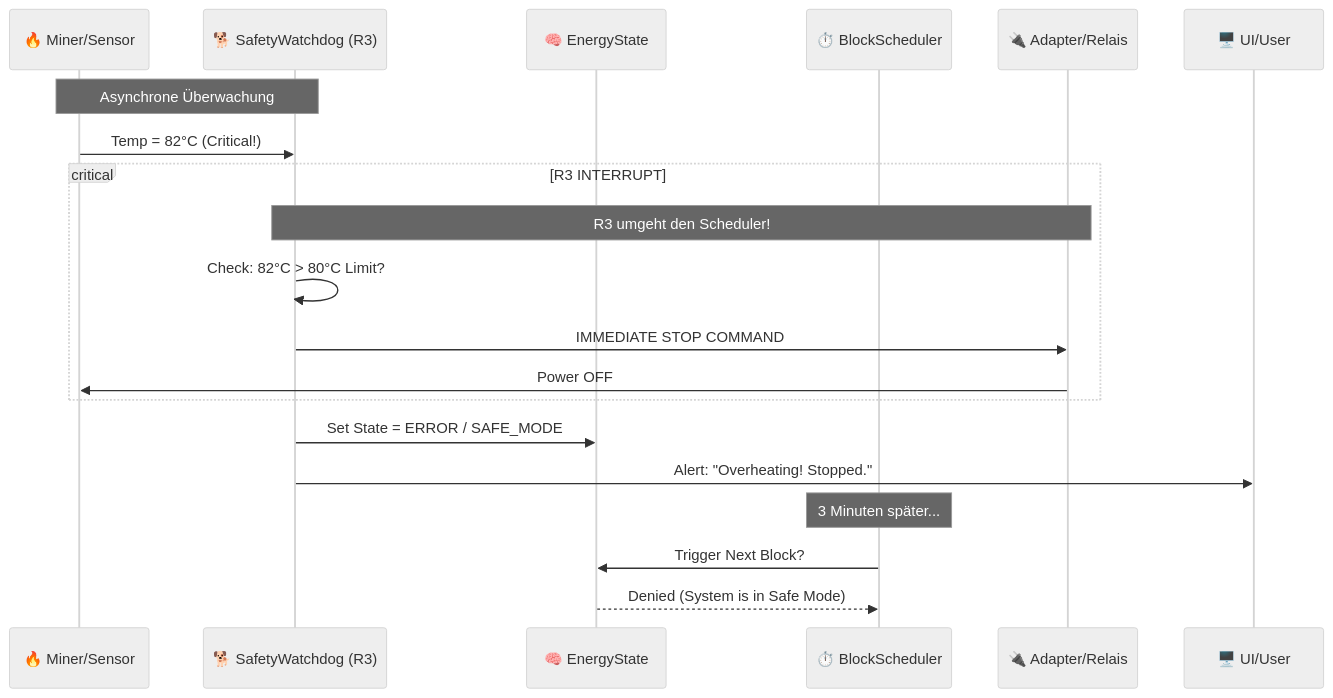
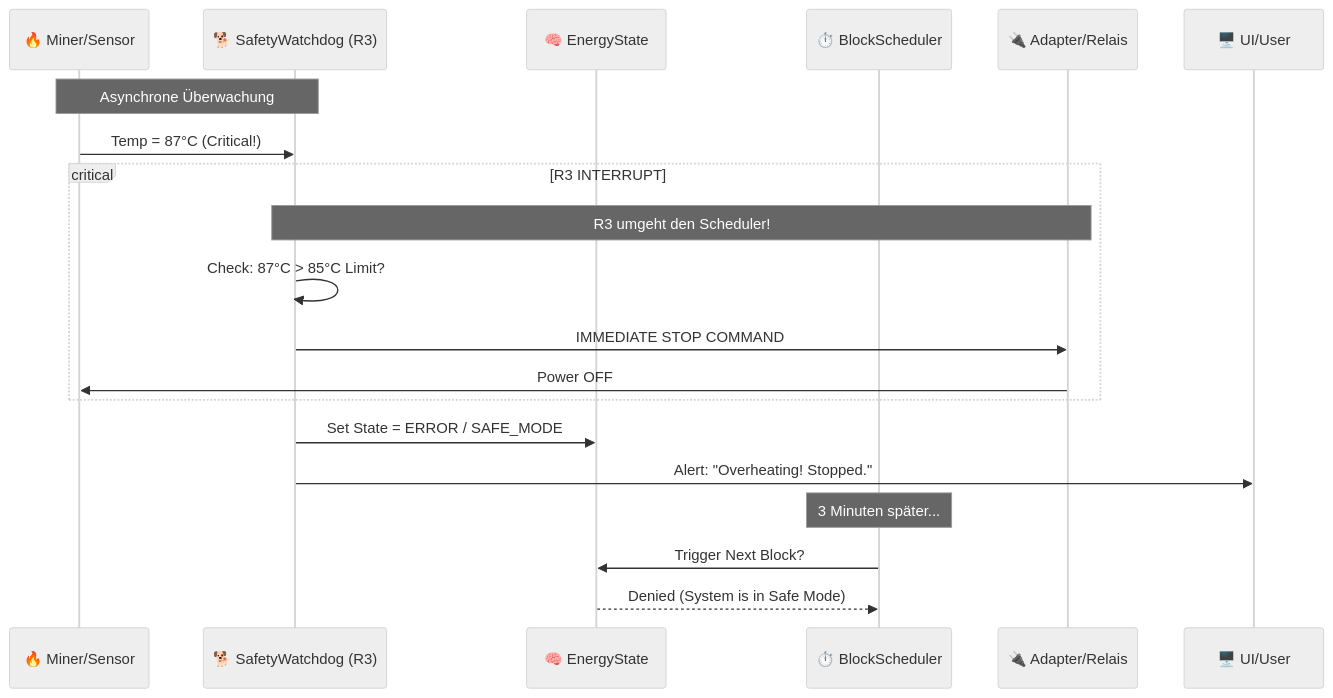
The diagram in docs/architecture/06_runtime_view/0603_safety_stop.md (bitgrid-research/BitGridAI), drawn with Mermaid (neutral theme) before and after one commit. The commit also changed other lines of this file and 40 other files, not shown here.

`````diff
--- a/docs/architecture/06_runtime_view/0603_safety_stop.md
+++ b/docs/architecture/06_runtime_view/0603_safety_stop.md
@@ -25,26 +25,26 @@
 ```mermaid
 sequenceDiagram
     participant Hardware as 🔥 Miner/Sensor
     participant Watchdog as 🐕 SafetyWatchdog (R3)
     participant SSoT as 🧠 EnergyState
     participant Sched as ⏱️ BlockScheduler
     participant Actuator as 🔌 Adapter/Relais
     participant UI as 🖥️ UI/User
 
     Note over Hardware, Watchdog: Asynchrone Überwachung
-    Hardware->>Watchdog: Temp = 82°C (Critical!)
+    Hardware->>Watchdog: Temp = 87°C (Critical!)
     
     critical R3 INTERRUPT
         Note over Watchdog, Actuator: R3 umgeht den Scheduler!
-        Watchdog->>Watchdog: Check: 82°C > 80°C Limit?
+        Watchdog->>Watchdog: Check: 87°C > 85°C Limit?
         Watchdog->>Actuator: IMMEDIATE STOP COMMAND
         Actuator->>Hardware: Power OFF
     end
 
     Watchdog->>SSoT: Set State = ERROR / SAFE_MODE
     Watchdog->>UI: Alert: "Overheating! Stopped."
     
     Note over Sched: 3 Minuten später...
     Sched->>SSoT: Trigger Next Block?
     SSoT-->>Sched: Denied (System is in Safe Mode)
 ````
`````
